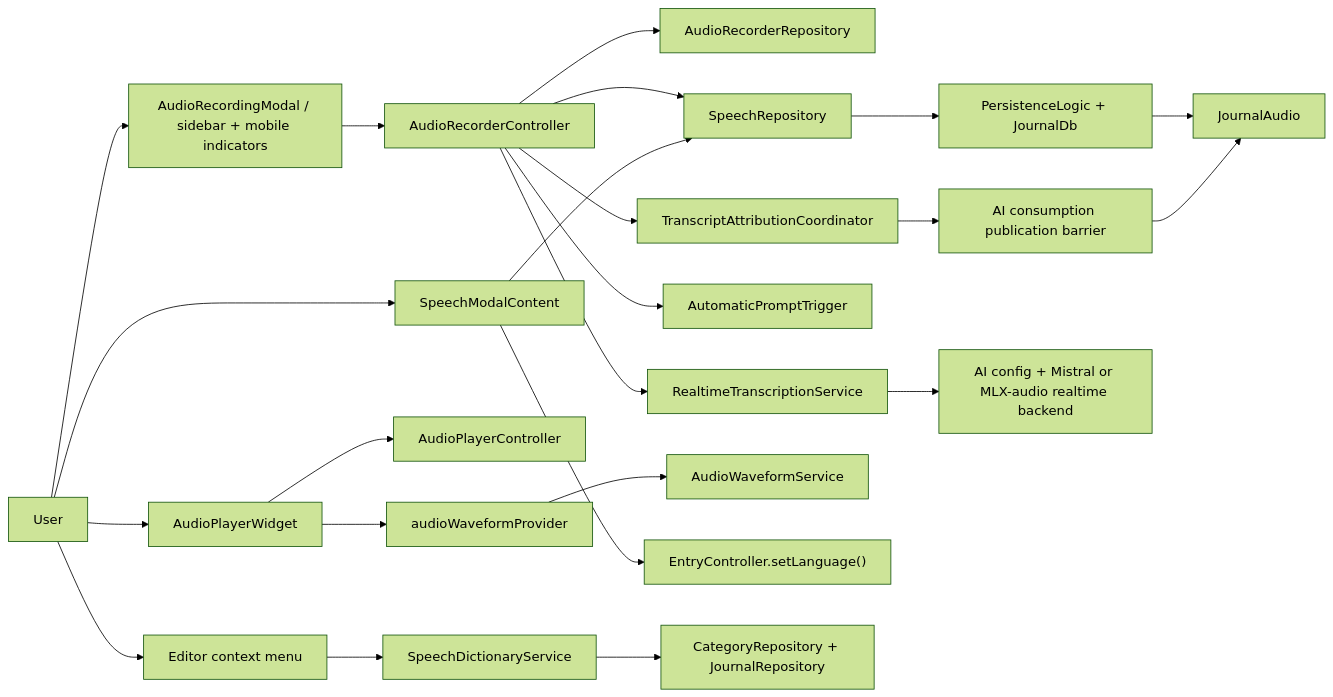
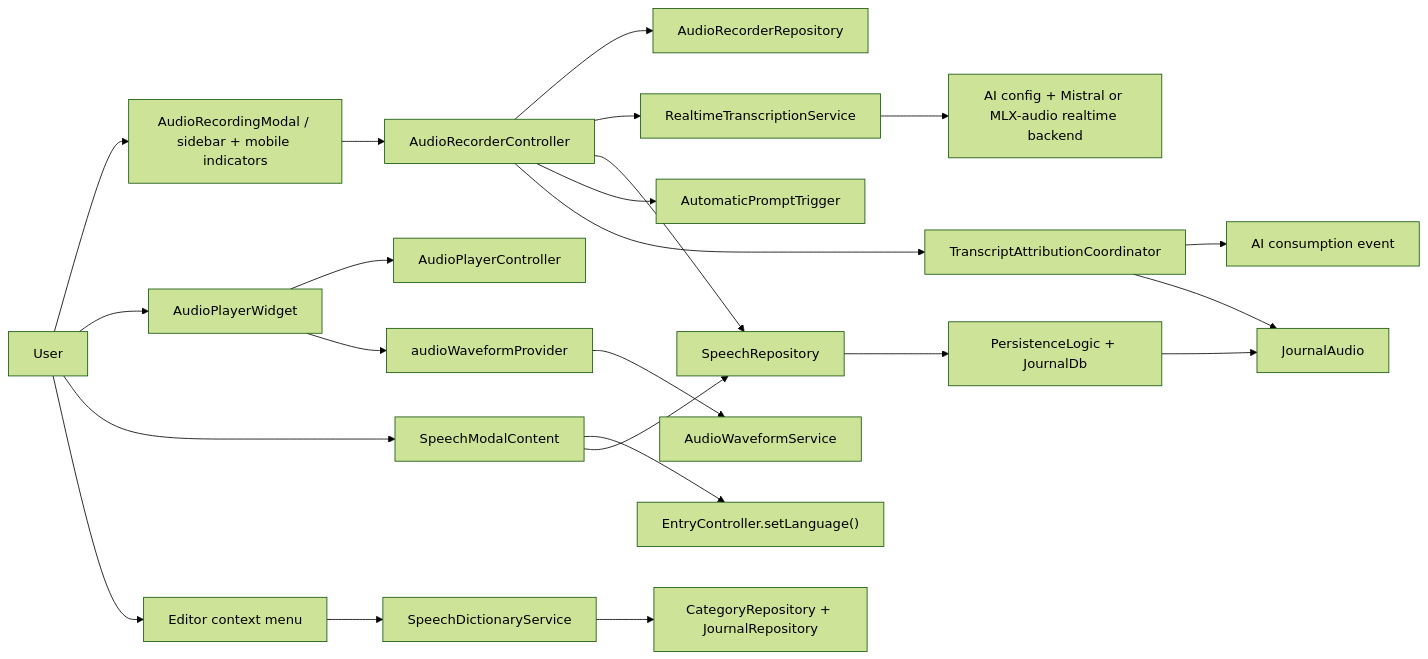
One commit to matthiasn/lotti changed the first of 5 diagrams in lib/features/speech/README.md. Above: the diagram before and after it, drawn with Mermaid (forest theme). The commit also changed other lines of this file and 123 other files, not shown here.

````diff
--- a/lib/features/speech/README.md
+++ b/lib/features/speech/README.md
@@ -32,29 +32,29 @@
 ```mermaid
 flowchart LR
   User["User"] --> RecordingUI["AudioRecordingModal / sidebar + mobile indicators"]
   User --> PlaybackUI["AudioPlayerWidget"]
   User --> TranscriptUI["SpeechModalContent"]
   User --> EditorUI["Editor context menu"]
 
   RecordingUI --> RecorderCtl["AudioRecorderController"]
   RecorderCtl --> RecorderRepo["AudioRecorderRepository"]
   RecorderCtl --> RtTx["RealtimeTranscriptionService"]
   RecorderCtl --> SpeechRepo["SpeechRepository"]
   RecorderCtl --> AutoPrompt["AutomaticPromptTrigger"]
   RecorderCtl --> Attribution["TranscriptAttributionCoordinator"]
-  Attribution --> Barrier["AI consumption publication barrier"]
+  Attribution --> Consumption["AI consumption event"]
 
   PlaybackUI --> PlayerCtl["AudioPlayerController"]
   PlaybackUI --> WaveformProvider["audioWaveformProvider"]
   WaveformProvider --> WaveformSvc["AudioWaveformService"]
 
   TranscriptUI --> EntryCtl["EntryController.setLanguage()"]
   TranscriptUI --> SpeechRepo
   EditorUI --> DictSvc["SpeechDictionaryService"]
 
   SpeechRepo --> Persist["PersistenceLogic + JournalDb"]
   DictSvc --> CategoryRepo["CategoryRepository + JournalRepository"]
   RtTx --> AiConfig["AI config + Mistral or MLX-audio realtime backend"]
   Persist --> JournalAudio["JournalAudio"]
-  Barrier --> JournalAudio
+  Attribution --> JournalAudio
 ```
````
